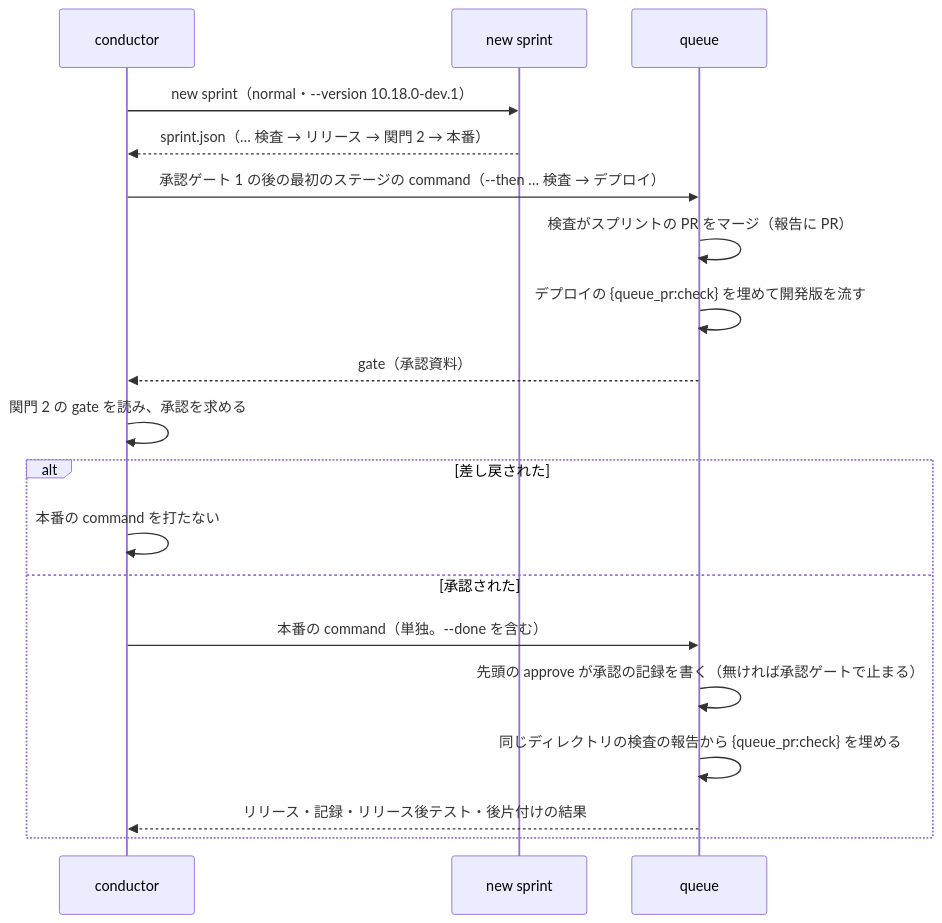
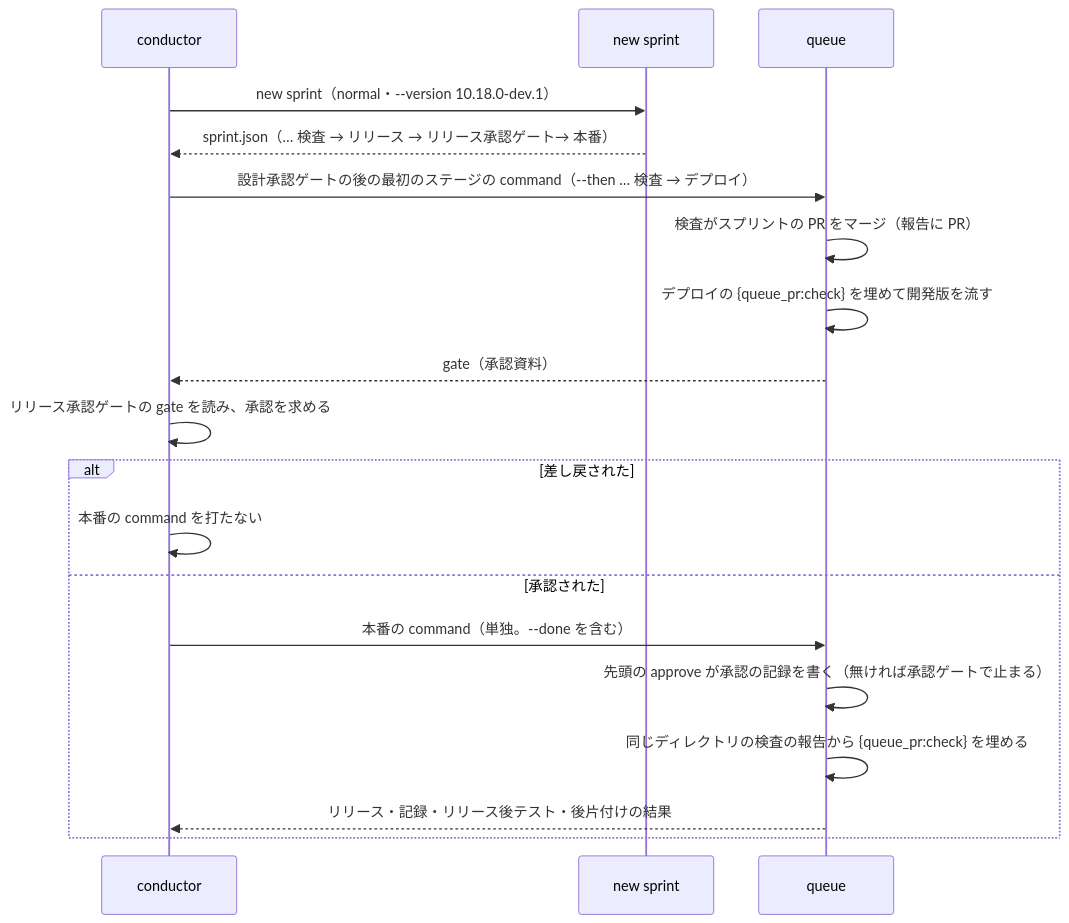
Before and after one commit to devbasex/ai-plugins: the second of 2 diagrams in docs/specifications/ndf-production-release-record.md, drawn with Mermaid. The commit also changed other lines of this file and 96 other files, not shown here.

````diff
--- a/docs/specifications/ndf-production-release-record.md
+++ b/docs/specifications/ndf-production-release-record.md
@@ -284,21 +284,21 @@
 ```mermaid
 sequenceDiagram
     participant C as conductor
     participant S as new sprint
     participant Q as queue
     C->>S: new sprint（normal・--version 10.18.0-dev.1）
-    S-->>C: sprint.json（… 検査 → リリース → 関門 2 → 本番）
-    C->>Q: 承認ゲート 1 の後の最初のステージの command（--then … 検査 → デプロイ）
+    S-->>C: sprint.json（… 検査 → リリース → リリース承認ゲート→ 本番）
+    C->>Q: 設計承認ゲートの後の最初のステージの command（--then … 検査 → デプロイ）
     Q->>Q: 検査がスプリントの PR をマージ（報告に PR）
     Q->>Q: デプロイの {queue_pr:check} を埋めて開発版を流す
     Q-->>C: gate（承認資料）
-    C->>C: 関門 2 の gate を読み、承認を求める
+    C->>C: リリース承認ゲートの gate を読み、承認を求める
     alt 差し戻された
         C->>C: 本番の command を打たない
     else 承認された
         C->>Q: 本番の command（単独。--done を含む）
         Q->>Q: 先頭の approve が承認の記録を書く（無ければ承認ゲートで止まる）
         Q->>Q: 同じディレクトリの検査の報告から {queue_pr:check} を埋める
         Q-->>C: リリース・記録・リリース後テスト・後片付けの結果
     end
 ```
````
